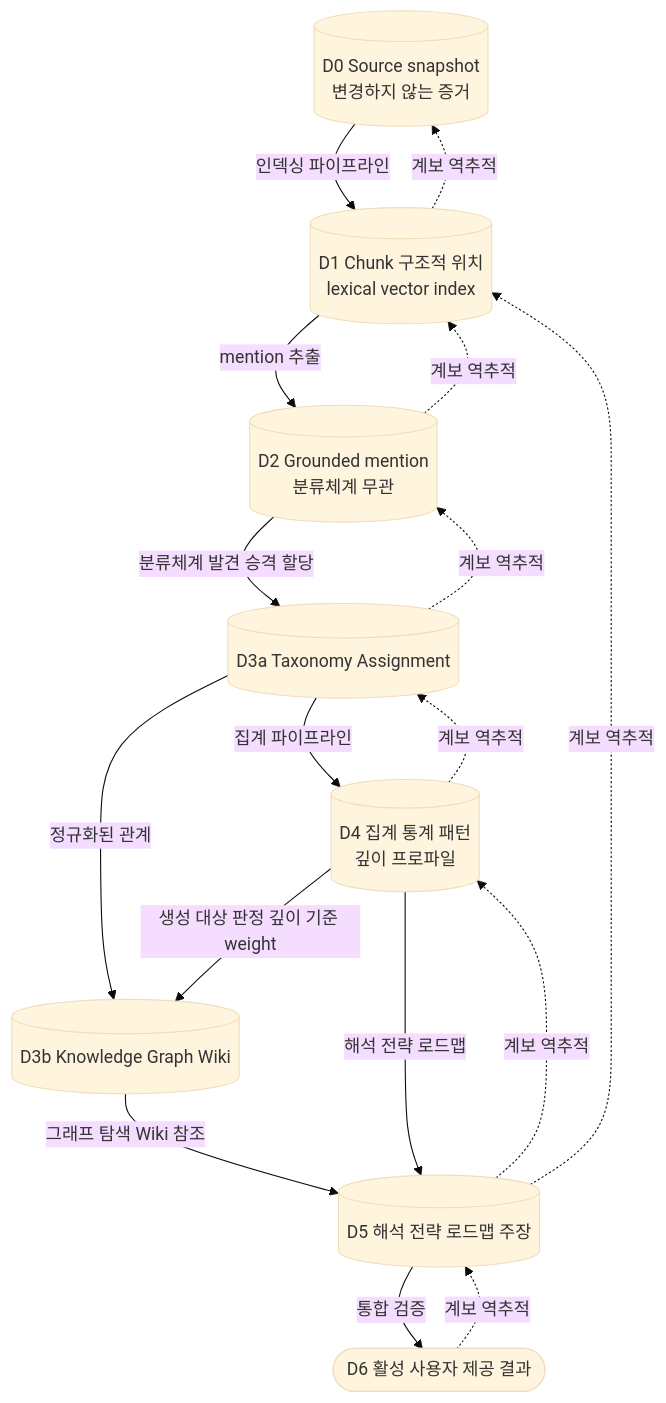
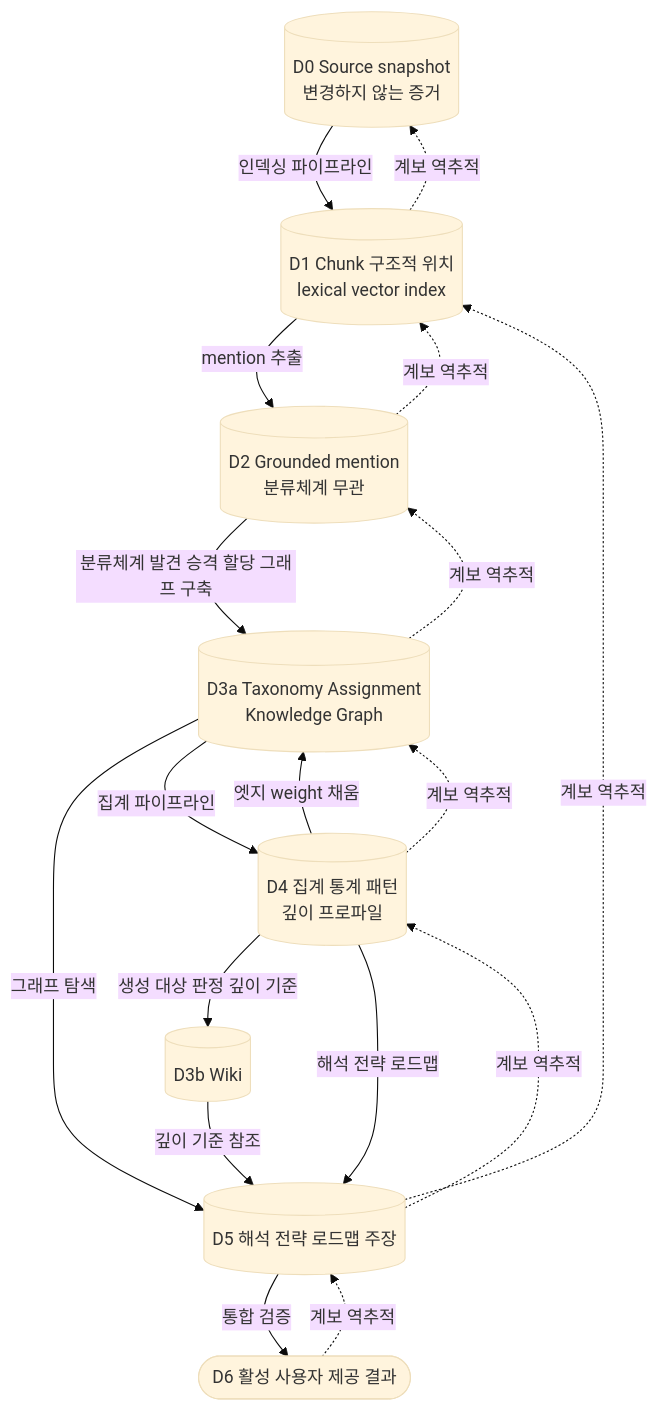
One commit to Mureung1/hub-showcase changed the first of 2 diagrams in docs/knowledge-schema.md. Above: the diagram before and after it, drawn with Mermaid (base theme). The commit also changed other lines of this file and 5 other files, not shown here.

````diff
--- a/docs/knowledge-schema.md
+++ b/docs/knowledge-schema.md
@@ -28,29 +30,30 @@
 ```mermaid
 flowchart TD
     D0[("D0 Source snapshot<br/>변경하지 않는 증거")]
     D1[("D1 Chunk 구조적 위치<br/>lexical vector index")]
     D2[("D2 Grounded mention<br/>분류체계 무관")]
-    D3A[("D3a Taxonomy Assignment")]
+    D3A[("D3a Taxonomy Assignment<br/>Knowledge Graph")]
     D4[("D4 집계 통계 패턴<br/>깊이 프로파일")]
-    D3B[("D3b Knowledge Graph Wiki")]
+    D3B[("D3b Wiki")]
     D5[("D5 해석 전략 로드맵 주장")]
     D6(["D6 활성 사용자 제공 결과"])
 
     D0 -->|"인덱싱 파이프라인"| D1
     D1 -->|"mention 추출"| D2
-    D2 -->|"분류체계 발견 승격 할당"| D3A
+    D2 -->|"분류체계 발견 승격 할당 그래프 구축"| D3A
     D3A -->|"집계 파이프라인"| D4
-    D3A -->|"정규화된 관계"| D3B
-    D4 -->|"생성 대상 판정 깊이 기준 weight"| D3B
-    D3B -->|"그래프 탐색 Wiki 참조"| D5
+    D4 -->|"생성 대상 판정 깊이 기준"| D3B
+    D4 -->|"엣지 weight 채움"| D3A
+    D3A -->|"그래프 탐색"| D5
+    D3B -->|"깊이 기준 참조"| D5
     D4 -->|"해석 전략 로드맵"| D5
     D5 -->|"통합 검증"| D6
 
     D6 -.->|"계보 역추적"| D5
     D5 -.->|"계보 역추적"| D4
     D5 -.->|"계보 역추적"| D1
     D4 -.->|"계보 역추적"| D3A
     D3A -.->|"계보 역추적"| D2
     D2 -.->|"계보 역추적"| D1
     D1 -.->|"계보 역추적"| D0
 ```
````
